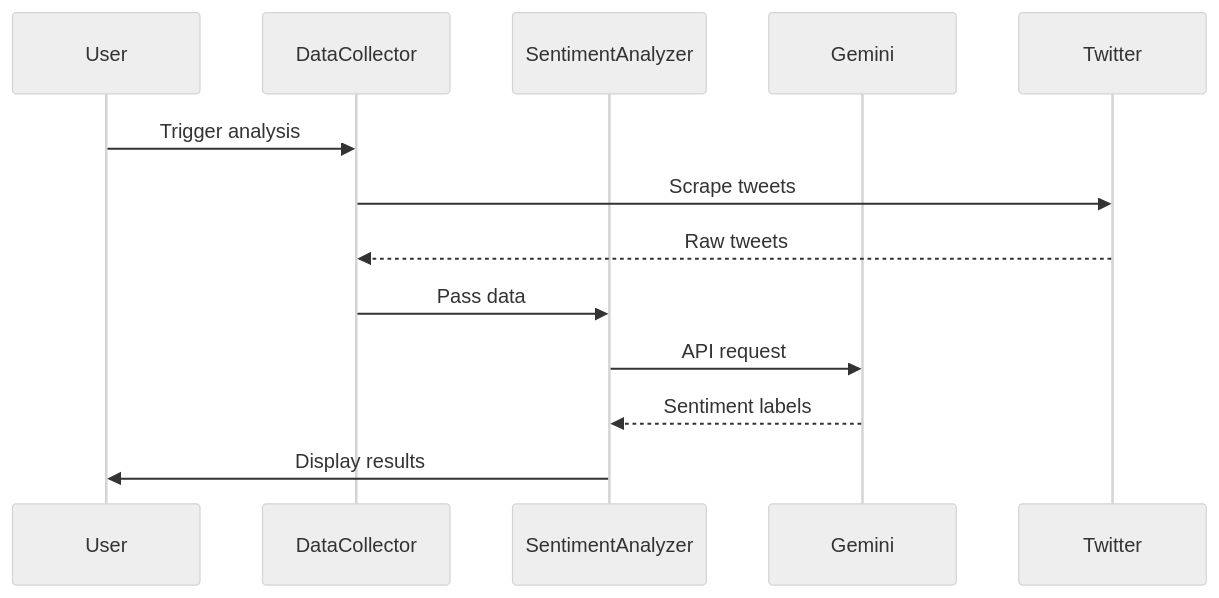
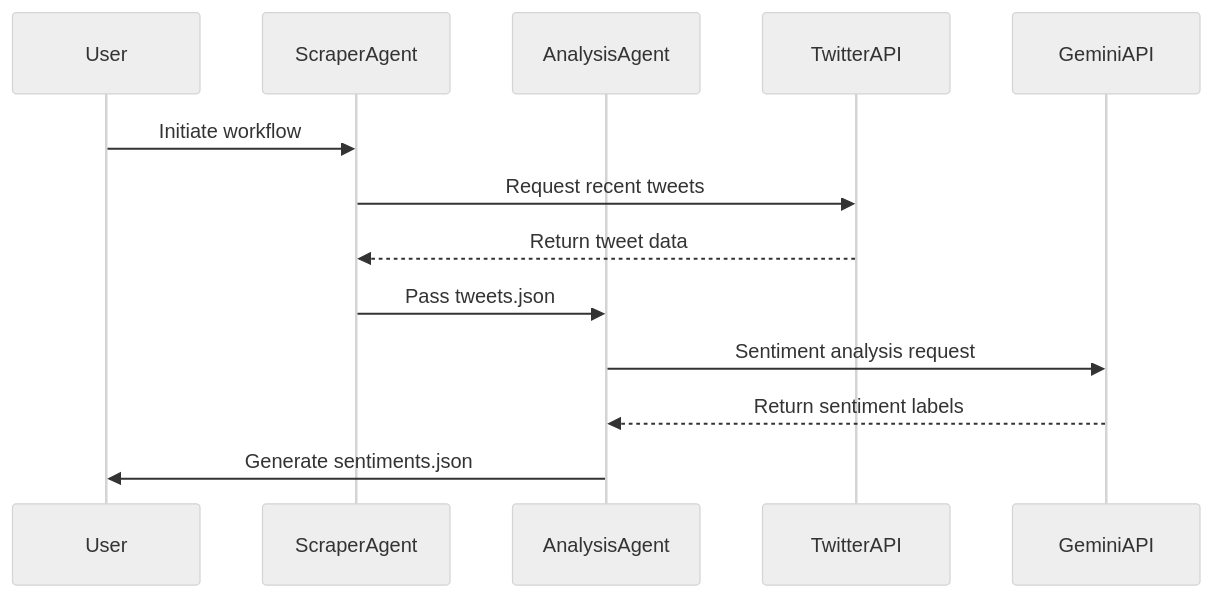
Before and after one commit to end-9214/XTweets-live-sentiment-analysis: the diagram in README.md, drawn with Mermaid (neutral theme). The commit also changed other lines of this file, not shown here.

````diff
--- a/README.md
+++ b/README.md
@@ -41,15 +46,16 @@
 ```mermaid
 sequenceDiagram
     participant User
-    participant DataCollector
-    participant SentimentAnalyzer
-    participant Gemini
+    participant ScraperAgent
+    participant AnalysisAgent
+    participant TwitterAPI
+    participant GeminiAPI
     
-    User->>DataCollector: Trigger analysis
-    DataCollector->>Twitter: Scrape tweets
-    Twitter-->>DataCollector: Raw tweets
-    DataCollector->>SentimentAnalyzer: Pass data
-    SentimentAnalyzer->>Gemini: API request
-    Gemini-->>SentimentAnalyzer: Sentiment labels
-    SentimentAnalyzer->>User: Display results
+    User->>ScraperAgent: Initiate workflow
+    ScraperAgent->>TwitterAPI: Request recent tweets
+    TwitterAPI-->>ScraperAgent: Return tweet data
+    ScraperAgent->>AnalysisAgent: Pass tweets.json
+    AnalysisAgent->>GeminiAPI: Sentiment analysis request
+    GeminiAPI-->>AnalysisAgent: Return sentiment labels
+    AnalysisAgent->>User: Generate sentiments.json
 ```
````
